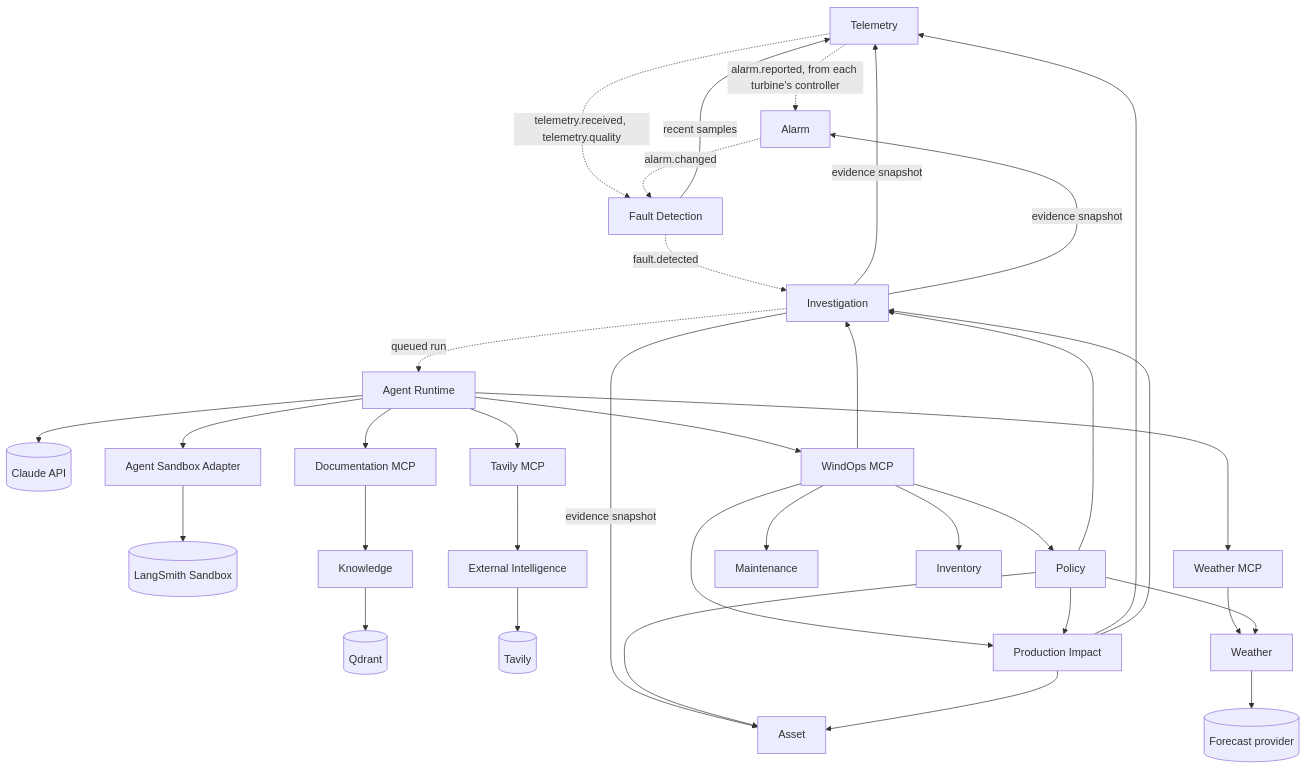
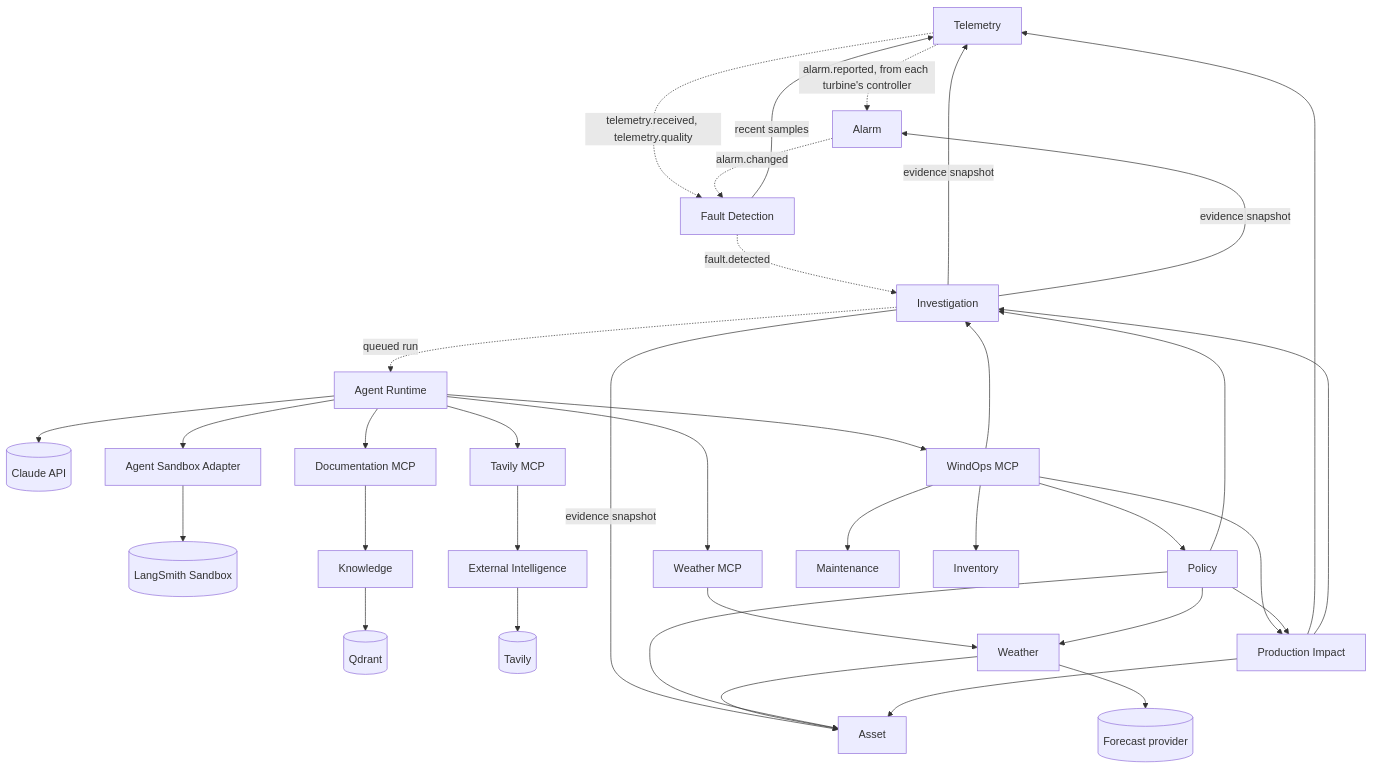
Before and after one commit to wasif1024/windops-ai: the second of 5 diagrams in docs/service-map.md, drawn with Mermaid. The commit also changed other lines of this file and 46 other files, not shown here.

````diff
--- a/docs/service-map.md
+++ b/docs/service-map.md
@@ -54,37 +54,38 @@
 ```mermaid
 flowchart TB
     Telemetry -.->|alarm.reported, from each turbine's controller| Alarm
     Telemetry -.->|telemetry.received, telemetry.quality| Fault["Fault Detection"]
     Alarm -.->|alarm.changed| Fault
     Fault -->|recent samples| Telemetry
     Fault -.->|fault.detected| Investigation
     Investigation -->|evidence snapshot| Telemetry
     Investigation -->|evidence snapshot| Alarm
     Investigation -->|evidence snapshot| Asset
     Investigation -.->|queued run| Runtime["Agent Runtime"]
     Runtime --> Claude[("Claude API")]
     Runtime --> Sandbox["Agent Sandbox Adapter"]
     Sandbox --> LangSmith[("LangSmith Sandbox")]
     Runtime --> Core["WindOps MCP"]
     Runtime --> Docs["Documentation MCP"]
     Runtime --> TavilyMCP["Tavily MCP"]
     Runtime --> WeatherMCP["Weather MCP"]
     Docs --> Knowledge
     Knowledge --> Qdrant[("Qdrant")]
     TavilyMCP --> External["External Intelligence"]
     External --> Tavily[("Tavily")]
     WeatherMCP --> Weather
     Weather --> Forecast[("Forecast provider")]
+    Weather --> Asset
     Core --> Impact["Production Impact"]
     Core --> Policy
     Core --> Maintenance
     Core --> Inventory
     Core --> Investigation
     Policy --> Weather
     Policy --> Investigation
     Policy --> Asset
     Policy --> Impact
     Impact --> Asset
     Impact --> Telemetry
     Impact --> Investigation
 ```
````
